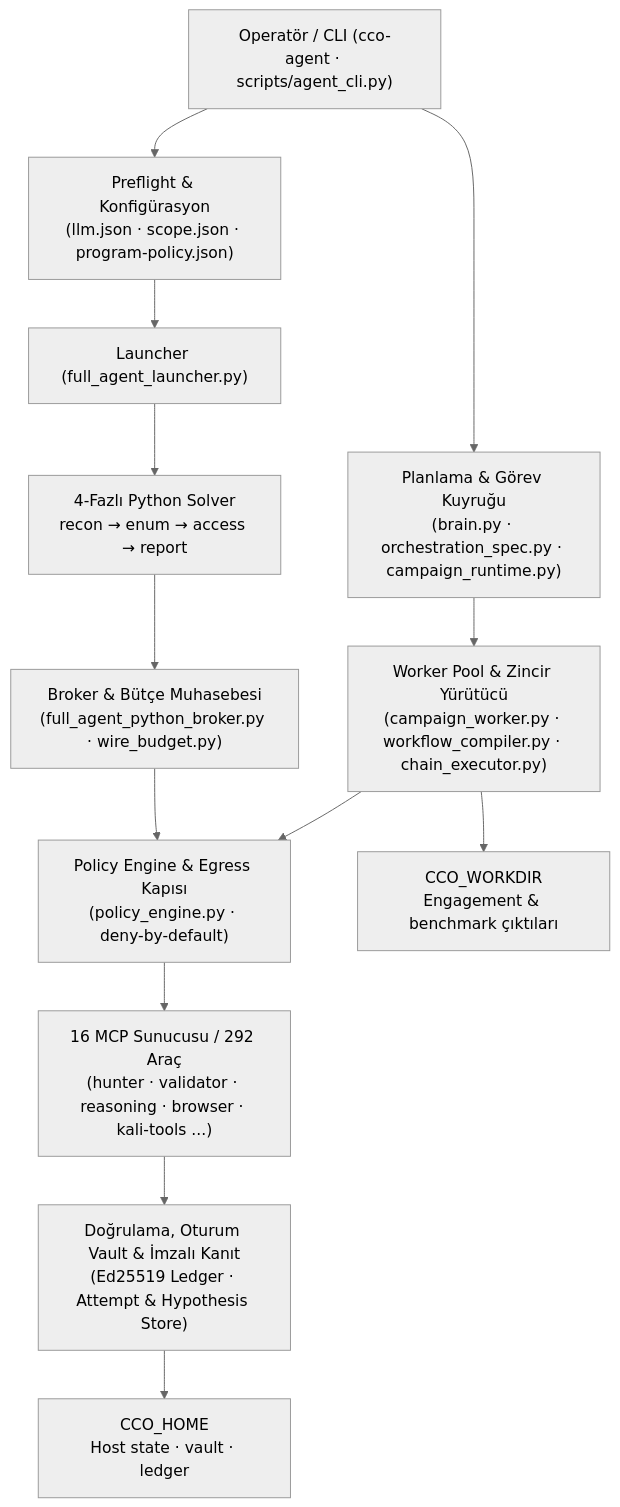
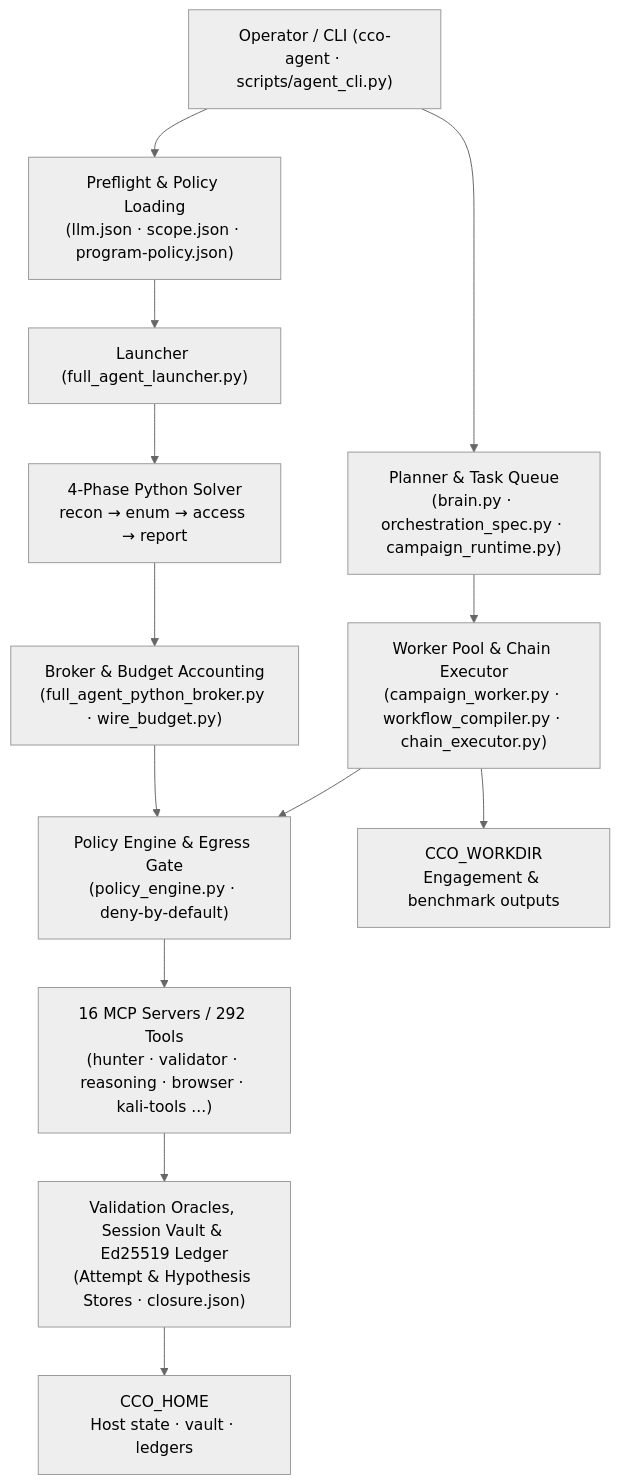
The diagram in README.md (EmreMetin00007/kryon), drawn with Mermaid (neutral theme) before and after one commit. The commit also changed other lines of this file and 7 other files, not shown here.

````diff
--- a/README.md
+++ b/README.md
@@ -37,19 +41,19 @@
 ```mermaid
 flowchart TD
-    U["Operatör / CLI (cco-agent · scripts/agent_cli.py)"] --> P["Preflight & Konfigürasyon<br/>(llm.json · scope.json · program-policy.json)"]
+    U["Operator / CLI (cco-agent · scripts/agent_cli.py)"] --> P["Preflight & Policy Loading<br/>(llm.json · scope.json · program-policy.json)"]
     P --> L["Launcher (full_agent_launcher.py)"]
-    L --> S["4-Fazlı Python Solver<br/>recon → enum → access → report"]
+    L --> S["4-Phase Python Solver<br/>recon → enum → access → report"]
 
-    S --> BR["Broker & Bütçe Muhasebesi<br/>(full_agent_python_broker.py · wire_budget.py)"]
-    U --> B["Planlama & Görev Kuyruğu<br/>(brain.py · orchestration_spec.py · campaign_runtime.py)"]
-    B --> W["Worker Pool & Zincir Yürütücü<br/>(campaign_worker.py · workflow_compiler.py · chain_executor.py)"]
+    S --> BR["Broker & Budget Accounting<br/>(full_agent_python_broker.py · wire_budget.py)"]
+    U --> B["Planner & Task Queue<br/>(brain.py · orchestration_spec.py · campaign_runtime.py)"]
+    B --> W["Worker Pool & Chain Executor<br/>(campaign_worker.py · workflow_compiler.py · chain_executor.py)"]
 
-    BR --> PE["Policy Engine & Egress Kapısı<br/>(policy_engine.py · deny-by-default)"]
+    BR --> PE["Policy Engine & Egress Gate<br/>(policy_engine.py · deny-by-default)"]
     W --> PE
 
-    PE --> M["16 MCP Sunucusu / 292 Araç<br/>(hunter · validator · reasoning · browser · kali-tools ...)"]
-    M --> V["Doğrulama, Oturum Vault & İmzalı Kanıt<br/>(Ed25519 Ledger · Attempt & Hypothesis Store)"]
+    PE --> M["16 MCP Servers / 292 Tools<br/>(hunter · validator · reasoning · browser · kali-tools ...)"]
+    M --> V["Validation Oracles, Session Vault & Ed25519 Ledger<br/>(Attempt & Hypothesis Stores · closure.json)"]
 
-    V --> H["CCO_HOME<br/>Host state · vault · ledger"]
-    W --> R["CCO_WORKDIR<br/>Engagement & benchmark çıktıları"]
+    V --> H["CCO_HOME<br/>Host state · vault · ledgers"]
+    W --> R["CCO_WORKDIR<br/>Engagement & benchmark outputs"]
 ```
````
